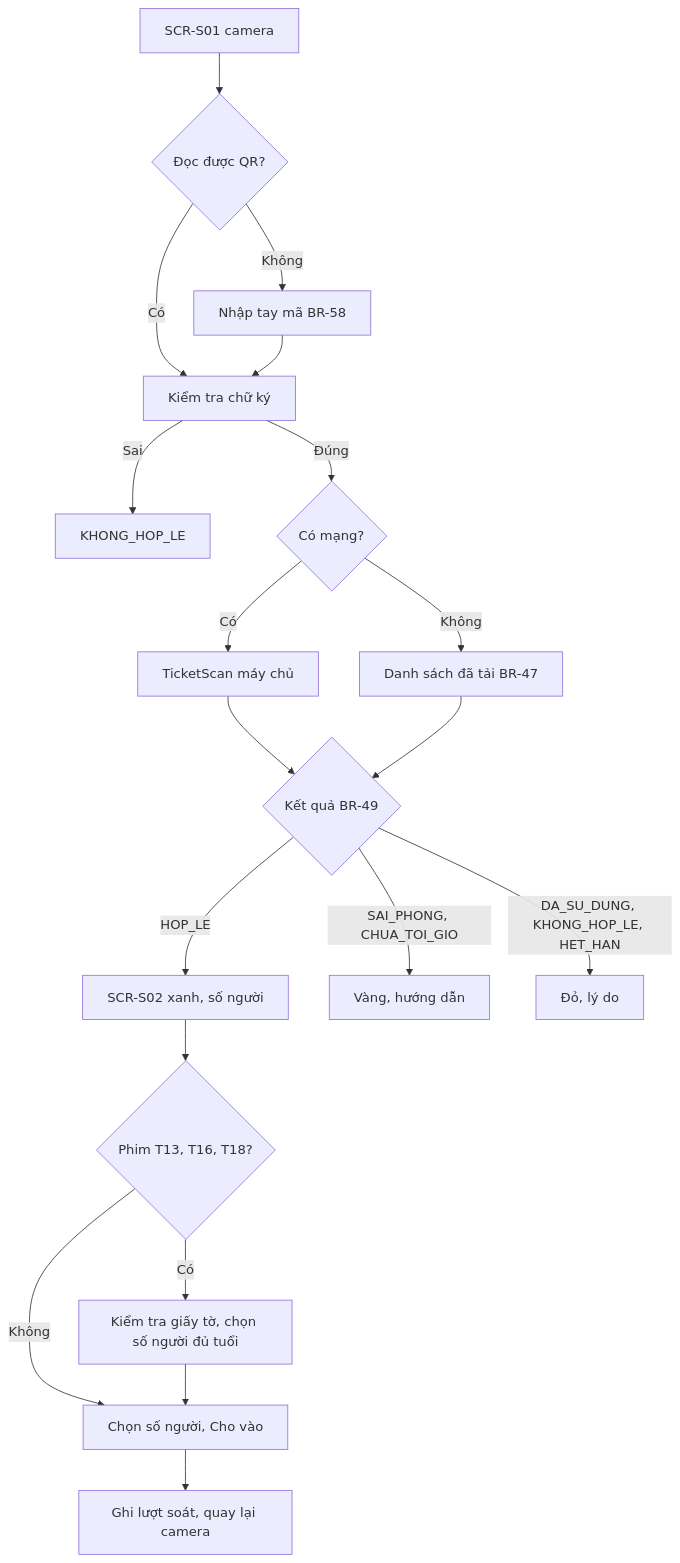
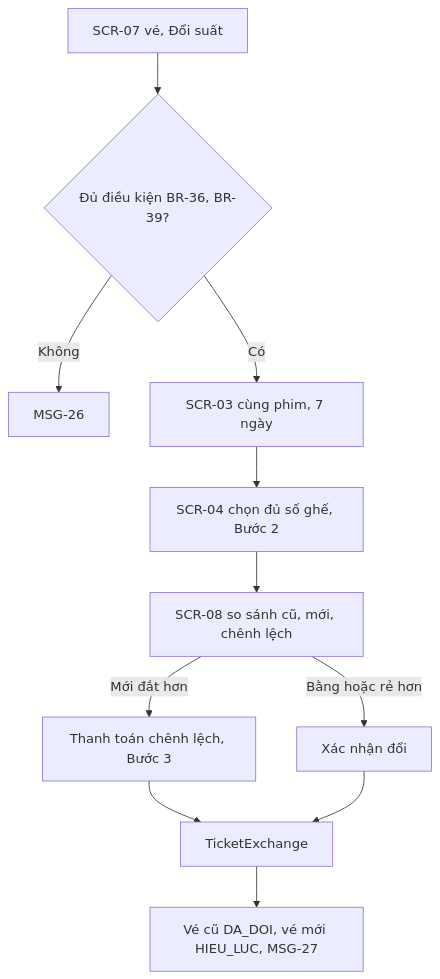
Before and after one commit to uxfoundation-vn/de08-dat-ve-xem-phim: the tenth of 15 diagrams in docs/SRS.md, drawn with Mermaid. The commit also changed other lines of this file and 2 other files, not shown here.

````diff
--- a/docs/SRS.md
+++ b/docs/SRS.md
@@ -629,21 +477,13 @@
 ```mermaid
 flowchart TD
-  A["SCR-S01 camera"] --> B{"Đọc được QR?"}
-  B -->|Không| B1["Nhập tay mã BR-58"]
-  B -->|Có| C["Kiểm tra chữ ký"]
-  B1 --> C
-  C -->|Sai| R1["KHONG_HOP_LE"]
-  C -->|Đúng| D{"Có mạng?"}
-  D -->|Có| E["TicketScan máy chủ"]
-  D -->|Không| F["Danh sách đã tải BR-47"]
-  E --> G{"Kết quả BR-49"}
-  F --> G
-  G -->|HOP_LE| H["SCR-S02 xanh, số người"]
-  G -->|SAI_PHONG, CHUA_TOI_GIO| I["Vàng, hướng dẫn"]
-  G -->|DA_SU_DUNG, KHONG_HOP_LE, HET_HAN| J["Đỏ, lý do"]
-  H --> K{"Phim T13, T16, T18?"}
-  K -->|Có| L["Kiểm tra giấy tờ, chọn số người đủ tuổi"]
-  K -->|Không| M["Chọn số người, Cho vào"]
-  L --> M
-  M --> N["Ghi lượt soát, quay lại camera"]
+  A["SCR-07 vé, Đổi suất"] --> B{"Đủ điều kiện BR-36, BR-39?"}
+  B -->|Không| B1["MSG-26"]
+  B -->|Có| C["SCR-03 cùng phim, 7 ngày"]
+  C --> D["SCR-04 chọn đủ số ghế, Bước 2"]
+  D --> E["SCR-08 so sánh cũ, mới, chênh lệch"]
+  E -->|Mới đắt hơn| F["Thanh toán chênh lệch, Bước 3"]
+  E -->|Bằng hoặc rẻ hơn| G["Xác nhận đổi"]
+  F --> H["TicketExchange"]
+  G --> H
+  H --> I["Vé cũ DA_DOI, vé mới HIEU_LUC, MSG-27"]
 ```
````
